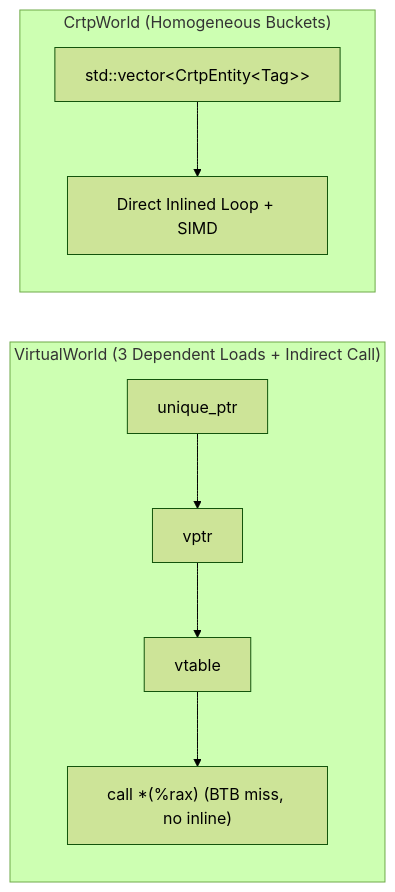
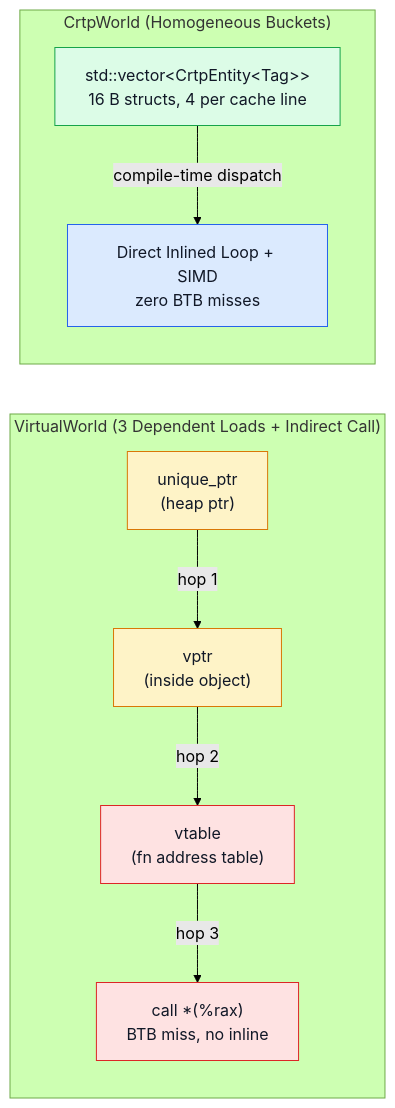
The diagram in lessons/StaticDispatch/Tutorial/en.md (LevyArsOS/cpp-lessons), drawn with Mermaid (forest theme) before and after one commit. The commit also changed other lines of this file and 9 other files, not shown here.

First line of the commit message:
docs(tutorials): upgrade Mermaid diagrams and clarify systems jargon

````diff
--- a/lessons/StaticDispatch/Tutorial/en.md
+++ b/lessons/StaticDispatch/Tutorial/en.md
@@ -42,9 +42,14 @@
 ```mermaid
 flowchart LR
+    classDef slow fill:#fee2e2,stroke:#dc2626,color:#111827
+    classDef fast fill:#dcfce7,stroke:#16a34a,color:#111827
+    classDef cpu fill:#dbeafe,stroke:#2563eb,color:#111827
+    classDef warn fill:#fef3c7,stroke:#d97706,color:#111827
+
     subgraph Virtual["VirtualWorld (3 Dependent Loads + Indirect Call)"]
-        U["unique_ptr"] --> V["vptr"] --> T["vtable"] --> C["call *(%rax) (BTB miss, no inline)"]
+        U["unique_ptr<br/>(heap ptr)"]:::warn -->|"hop 1"| V["vptr<br/>(inside object)"]:::warn -->|"hop 2"| T["vtable<br/>(fn address table)"]:::slow -->|"hop 3"| C["call *(%rax)<br/>BTB miss, no inline"]:::slow
     end
     subgraph CRTP["CrtpWorld (Homogeneous Buckets)"]
-        B["std::vector&lt;CrtpEntity&lt;Tag&gt;&gt;"] --> I["Direct Inlined Loop + SIMD"]
+        B["std::vector&lt;CrtpEntity&lt;Tag&gt;&gt;<br/>16 B structs, 4 per cache line"]:::fast -->|"compile-time dispatch"| I["Direct Inlined Loop + SIMD<br/>zero BTB misses"]:::cpu
     end
 ```
````
